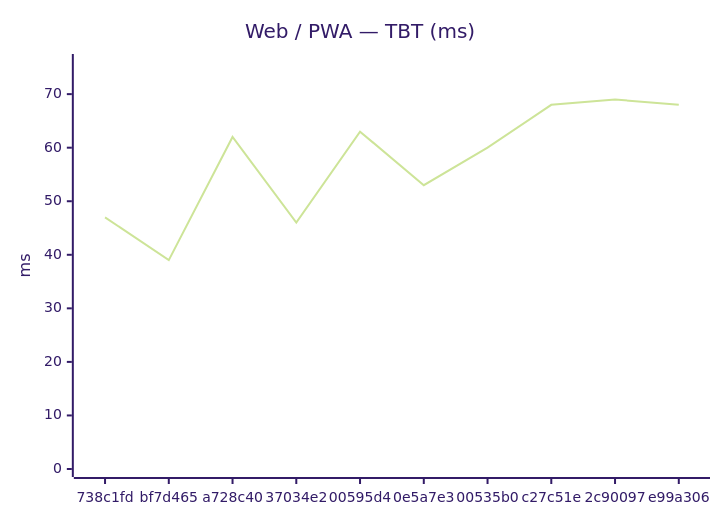
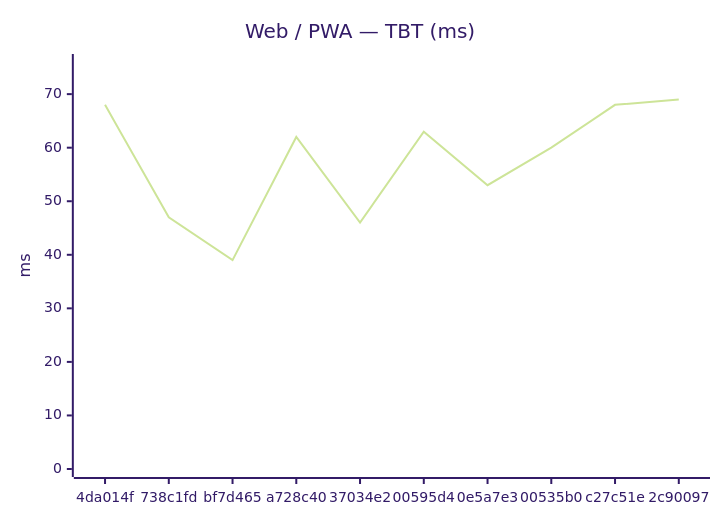
Before and after one commit to Metaheurist/Rianell: the second of 24 diagrams in benchmarks/compare.md, drawn with Mermaid (forest theme). The commit also changed other lines of this file and 13 other files, not shown here.

````diff
--- a/benchmarks/compare.md
+++ b/benchmarks/compare.md
@@ -31,7 +31,7 @@
 ```mermaid
 xychart-beta
     title "Web / PWA — TBT (ms)"
-    x-axis ["738c1fd", "bf7d465", "a728c40", "37034e2", "00595d4", "0e5a7e3", "00535b0", "c27c51e", "2c90097", "e99a306"]
+    x-axis ["4da014f", "738c1fd", "bf7d465", "a728c40", "37034e2", "00595d4", "0e5a7e3", "00535b0", "c27c51e", "2c90097"]
     y-axis "ms" 0 --> 76
-    line [47, 39, 62, 46, 63, 53, 60, 68, 69, 68]
+    line [68, 47, 39, 62, 46, 63, 53, 60, 68, 69]
 ```
````
